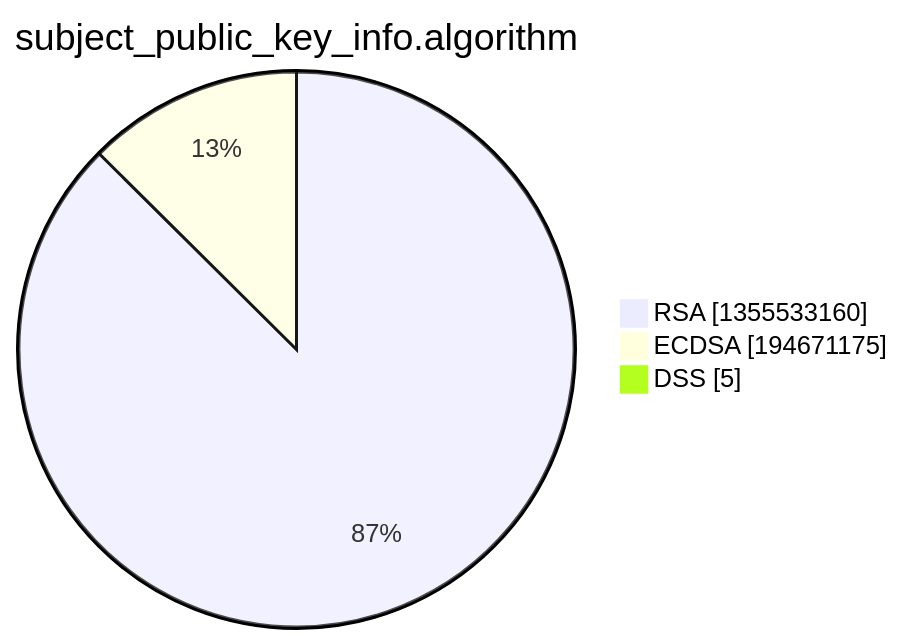
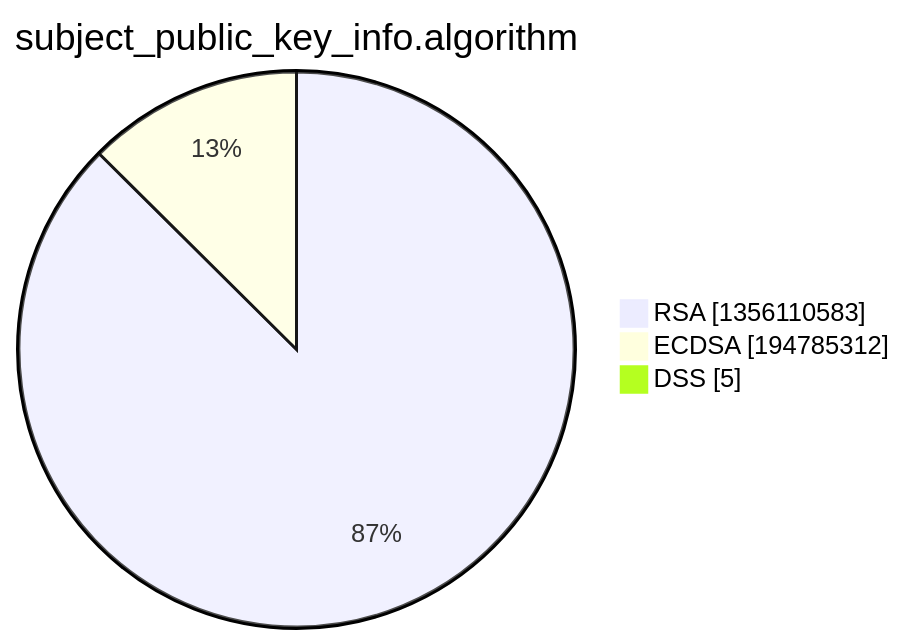
Before and after one commit to christiankrug/ctmonitor_visualization: the third of 15 diagrams in xenon2022/README.md, drawn with Mermaid. The commit also changed other lines of this file, not shown here.

````diff
--- a/xenon2022/README.md
+++ b/xenon2022/README.md
@@ -14,7 +14,7 @@
 ```mermaid
 pie showData
 title subject_public_key_info.algorithm
-"RSA" :1355533160
-"ECDSA" :194671175
+"RSA" :1356110583
+"ECDSA" :194785312
 "DSS" :5
 ```
````
